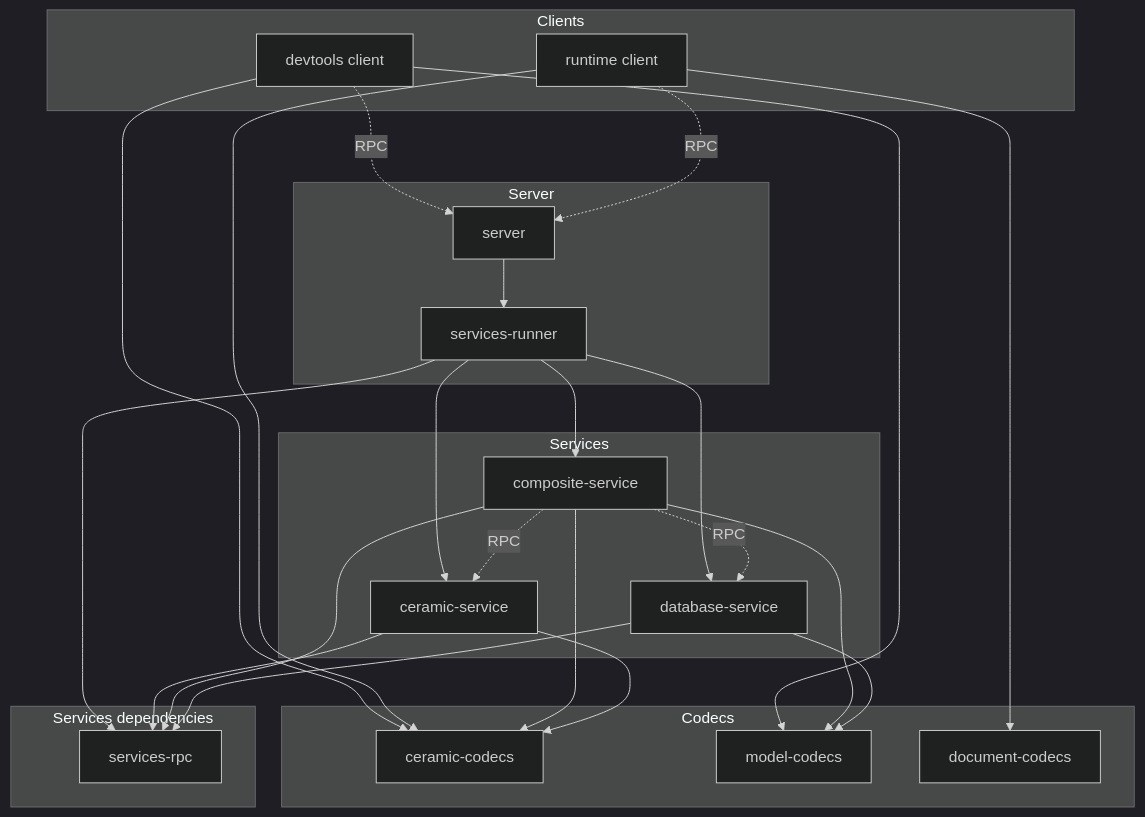
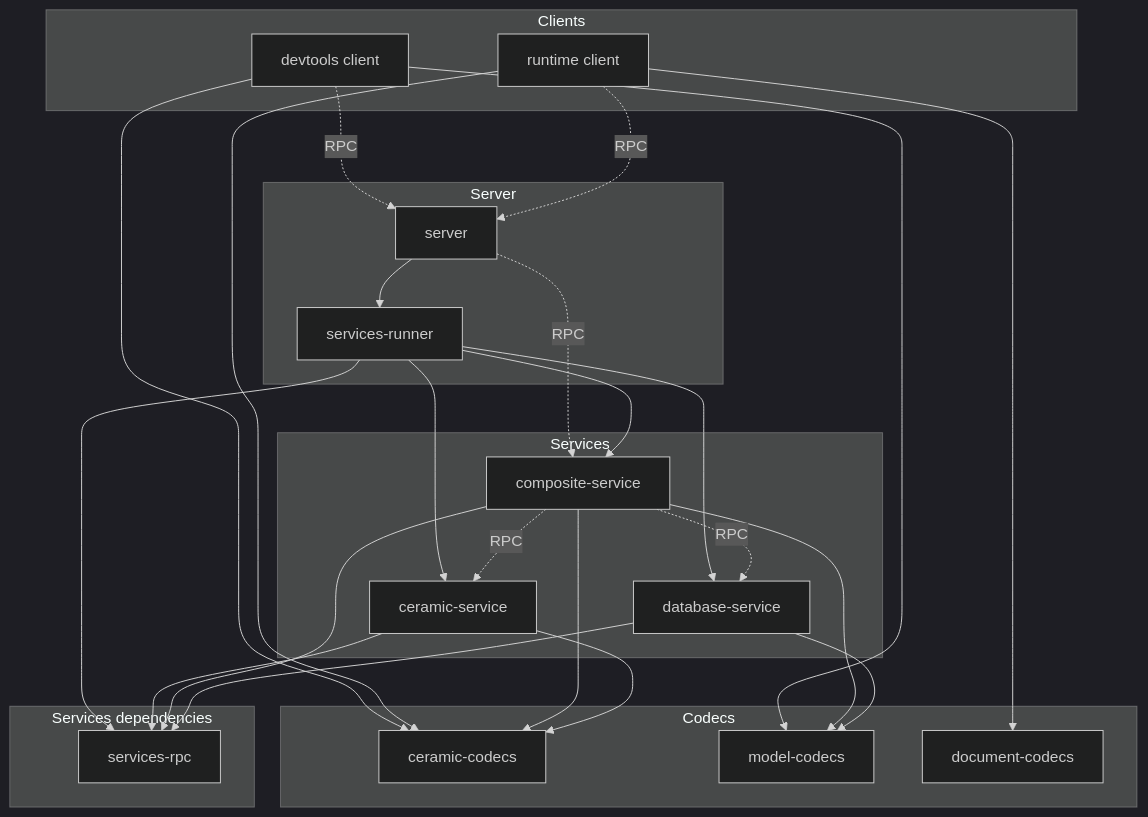
Before and after one commit to ceramicstudio/js-composedb: the diagram in ARCHITECTURE.md, drawn with Mermaid (dark theme). The commit also changed 17 other files, not shown here.

````diff
--- a/ARCHITECTURE.md
+++ b/ARCHITECTURE.md
@@ -1,38 +1,39 @@
 ```mermaid
 flowchart TD
   subgraph Clients
     DEVC[devtools client]
     RUNC[runtime client]
   end
   DEVC --> CERC & MODC
   RUNC --> CERC & DOCC
 
   subgraph Server
     SER[server]
     SRUN[services-runner]    
   end
   DEVC & RUNC -.->|RPC| SER
   SER --> SRUN
+  SER -.->|RPC| COMS
   SRUN --> CERS & COMS & DBS & SRPC
 
   subgraph Services
     CERS[ceramic-service]
     COMS[composite-service]
     DBS[database-service]
     COMS -.->|RPC| CERS & DBS
   end
   CERS & COMS & DBS --> SRPC
   COMS --> CERC & MODC
   CERS --> CERC
   DBS --> MODC
 
   subgraph Codecs
     CERC[ceramic-codecs]
     DOCC[document-codecs]
     MODC[model-codecs]
   end
 
   subgraph Services dependencies
     SRPC[services-rpc]
   end
 ```
````
